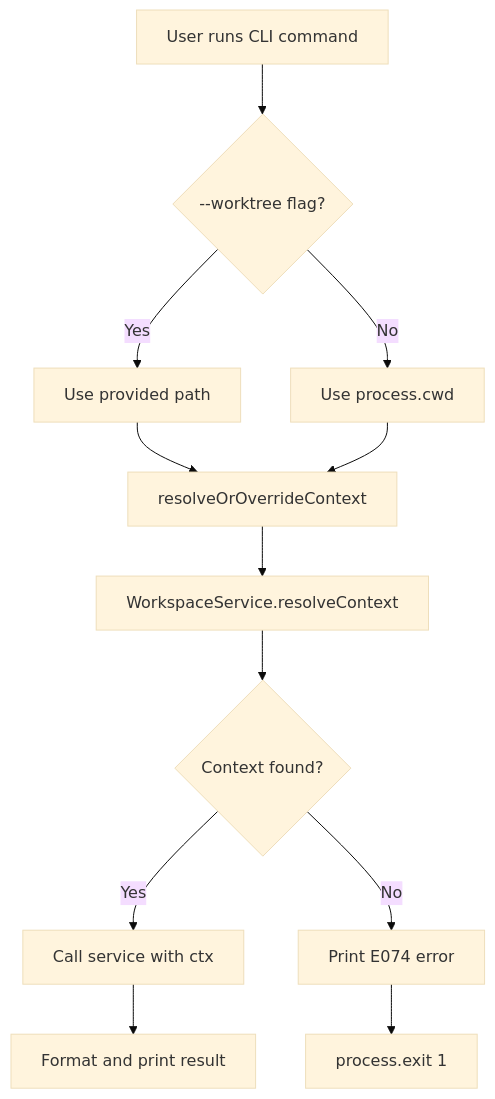
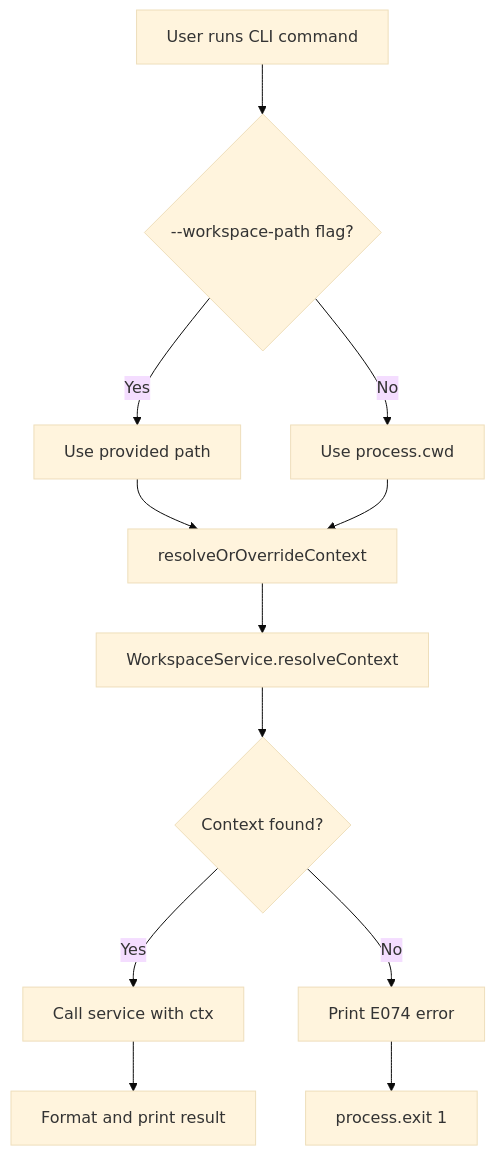
The second of 3 diagrams in docs/plans/021-workgraph-workspaces-upgrade/tasks/phase-4-cli-integration/tasks.md (AI-Substrate/chainglass), drawn with Mermaid (base theme) before and after one commit. The commit also changed other lines of this file and 10 other files, not shown here.

First line of the commit message:
feat(cli): Add workspace context resolution to workgraph/unit commands (Plan 021 Phase 4)

````diff
--- a/docs/plans/021-workgraph-workspaces-upgrade/tasks/phase-4-cli-integration/tasks.md
+++ b/docs/plans/021-workgraph-workspaces-upgrade/tasks/phase-4-cli-integration/tasks.md
@@ -284,14 +286,14 @@
 ```mermaid
 flowchart TD
-    A[User runs CLI command] --> B{--worktree flag?}
+    A[User runs CLI command] --> B{--workspace-path flag?}
     B -->|Yes| C[Use provided path]
     B -->|No| D[Use process.cwd]
     C --> E[resolveOrOverrideContext]
     D --> E
     E --> F[WorkspaceService.resolveContext]
     F --> G{Context found?}
     G -->|Yes| H[Call service with ctx]
     G -->|No| I[Print E074 error]
     I --> J[process.exit 1]
     H --> K[Format and print result]
 ```
````
